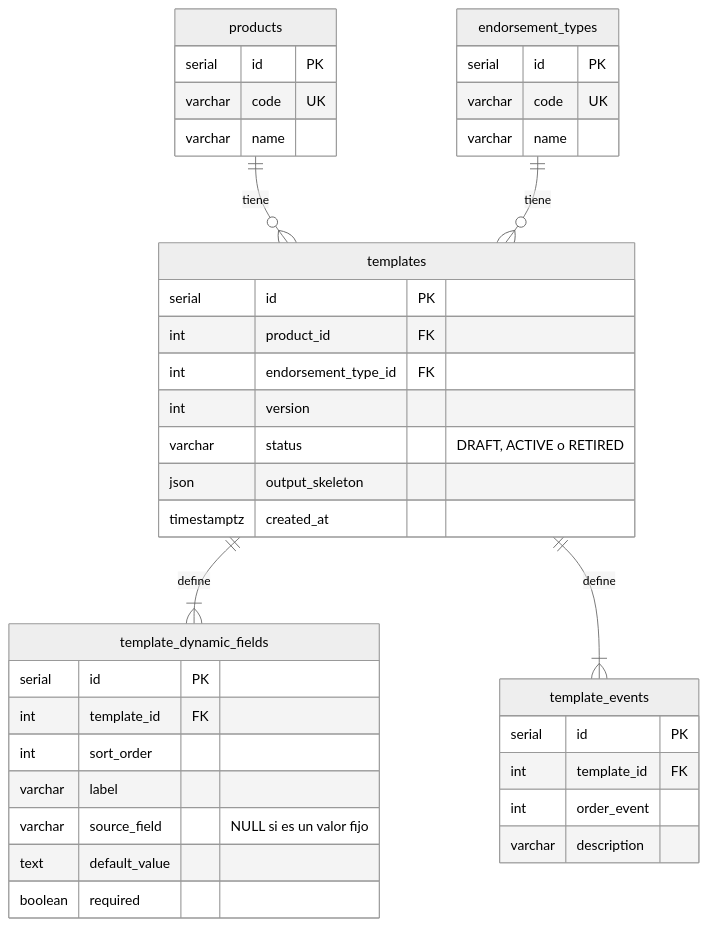
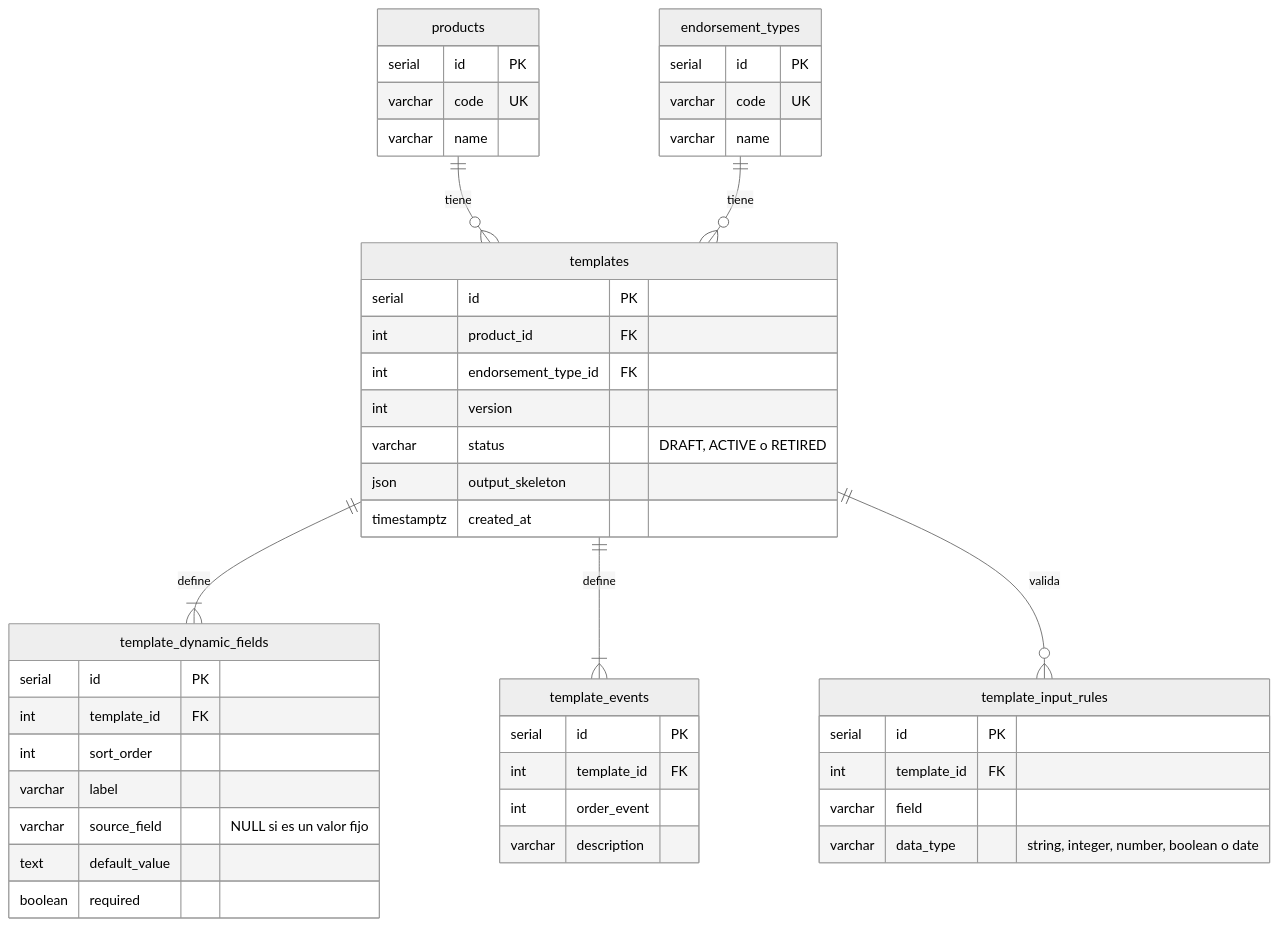
The diagram in docs/modelo-datos.md (jordyalania/interseguro-reto-lt), drawn with Mermaid (neutral theme) before and after one commit. The commit also changed other lines of this file and 37 other files, not shown here.

````diff
--- a/docs/modelo-datos.md
+++ b/docs/modelo-datos.md
@@ -3,42 +3,49 @@
 ```mermaid
 erDiagram
     products ||--o{ templates : tiene
     endorsement_types ||--o{ templates : tiene
     templates ||--|{ template_dynamic_fields : define
     templates ||--|{ template_events : define
+    templates ||--o{ template_input_rules : valida
 
     products {
         serial id PK
         varchar code UK
         varchar name
     }
     endorsement_types {
         serial id PK
         varchar code UK
         varchar name
     }
     templates {
         serial id PK
         int product_id FK
         int endorsement_type_id FK
         int version
         varchar status "DRAFT, ACTIVE o RETIRED"
         json output_skeleton
         timestamptz created_at
     }
     template_dynamic_fields {
         serial id PK
         int template_id FK
         int sort_order
         varchar label
         varchar source_field "NULL si es un valor fijo"
         text default_value
         boolean required
     }
+    template_input_rules {
+        serial id PK
+        int template_id FK
+        varchar field
+        varchar data_type "string, integer, number, boolean o date"
+    }
     template_events {
         serial id PK
         int template_id FK
         int order_event
         varchar description
     }
 ```
````
